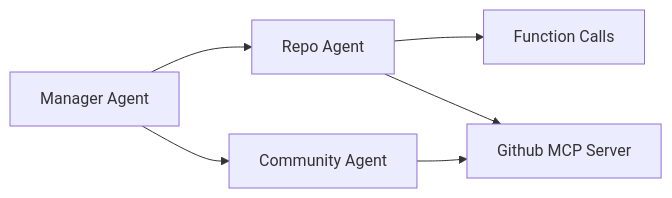
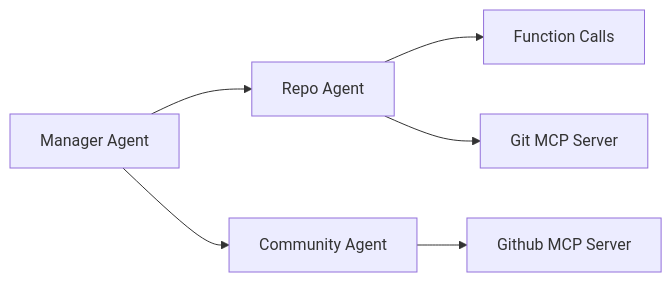
Before and after one commit to zhenjunMa/RepoCompass: the diagram in README.md, drawn with Mermaid.

````diff
--- a/README.md
+++ b/README.md
@@ -27,8 +27,8 @@
 ```mermaid
 graph LR
     A[Manager Agent] --> B[Repo Agent]
     A --> C[Community Agent]
     B --> D[Function Calls]
     B --> E[Git MCP Server]
-    C --> E[Github MCP Server]
+    C --> F[Github MCP Server]
 ```
````
